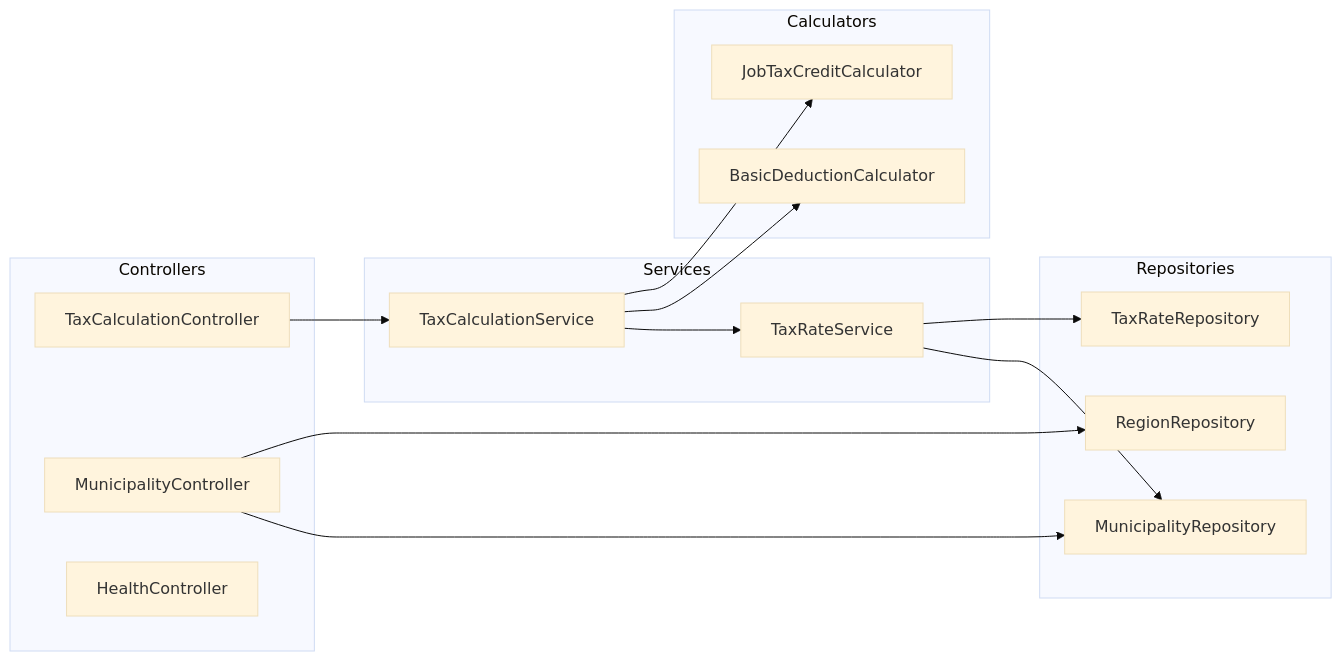
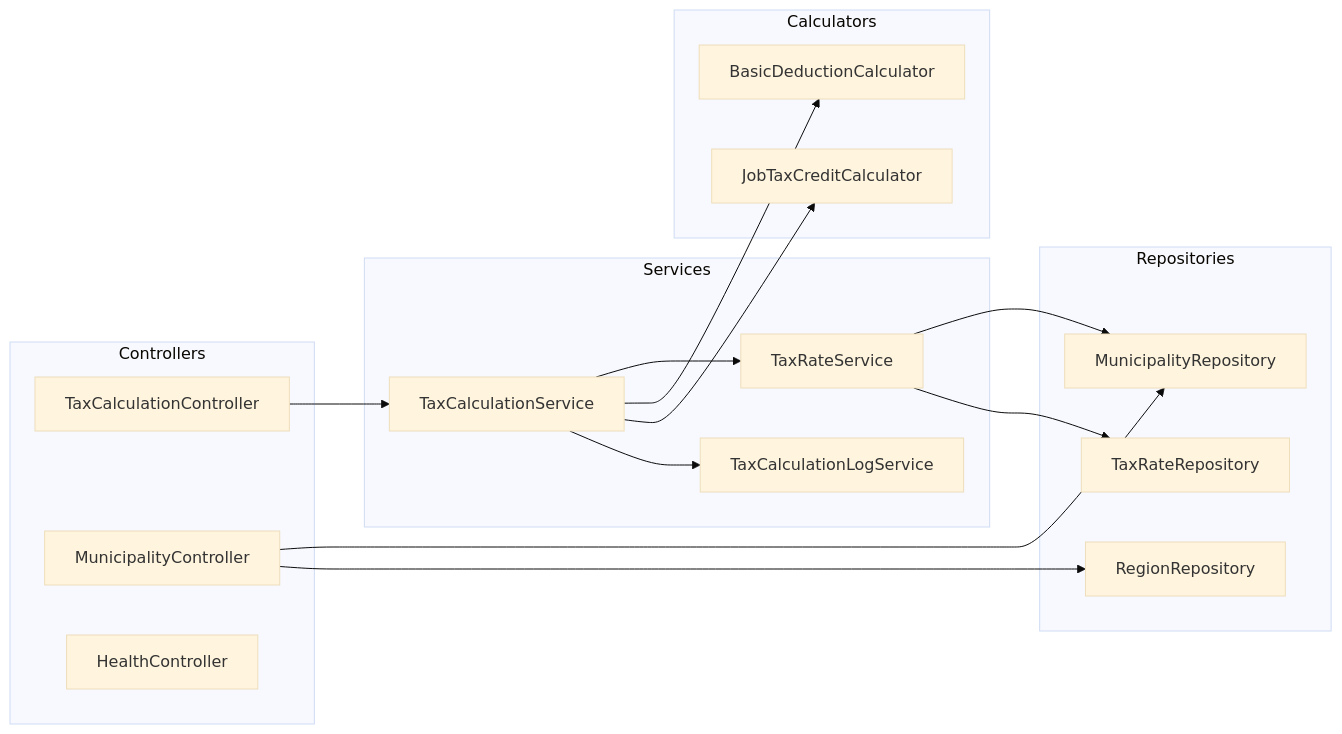
The third of 7 diagrams in demo/docs/system-overview.md (CarlssonOscar/nettoSpringBootApi), drawn with Mermaid (base theme) before and after one commit. The commit also changed other lines of this file and 3 other files, not shown here.

````diff
--- a/demo/docs/system-overview.md
+++ b/demo/docs/system-overview.md
@@ -161,33 +161,35 @@
 ```mermaid
 graph LR
     subgraph Controllers
         TC[TaxCalculationController]
         MC[MunicipalityController]
         HC[HealthController]
     end
     
     subgraph Services
         TCS[TaxCalculationService]
         TRS[TaxRateService]
+        TCLS[TaxCalculationLogService]
     end
     
     subgraph Calculators
         BDC[BasicDeductionCalculator]
         JTC[JobTaxCreditCalculator]
     end
     
     subgraph Repositories
         MR[MunicipalityRepository]
         RR[RegionRepository]
         TRR[TaxRateRepository]
     end
     
     TC --> TCS
     MC --> MR
     MC --> RR
     TCS --> TRS
     TCS --> BDC
     TCS --> JTC
+    TCS --> TCLS
     TRS --> MR
     TRS --> TRR
 ```
````
